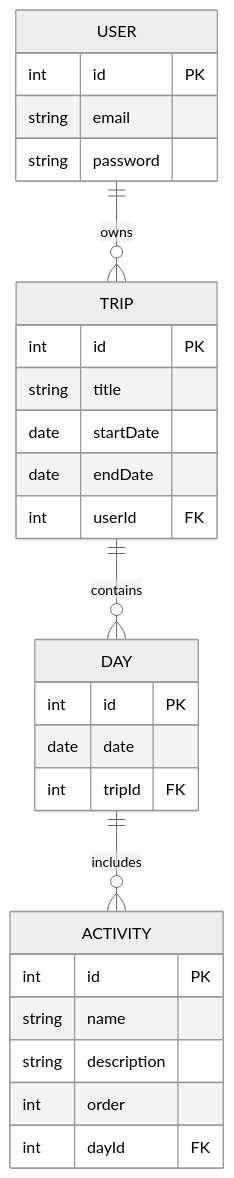
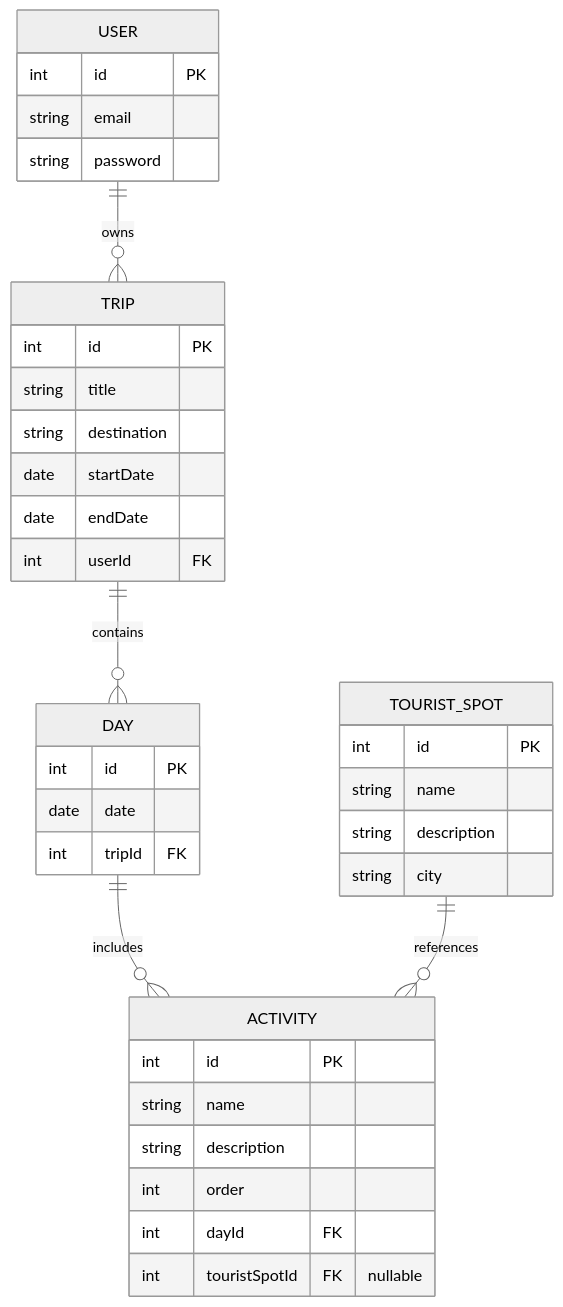
Before and after one commit to nicolasjveiga/travel-planner: the diagram in docs/sdd.md, drawn with Mermaid (neutral theme). The commit also changed other lines of this file and 10 other files, not shown here.

Commit message:
feat: add tourist spot entity and integrate with activities domain

````diff
--- a/docs/sdd.md
+++ b/docs/sdd.md
@@ -60,34 +60,44 @@
 ```mermaid
 erDiagram
     USER ||--o{ TRIP : owns
     TRIP ||--o{ DAY : contains
     DAY ||--o{ ACTIVITY : includes
+    TOURIST_SPOT ||--o{ ACTIVITY : references
 
     USER {
         int id PK
         string email
         string password
     }
 
     TRIP {
         int id PK
         string title
+        string destination
         date startDate
         date endDate
         int userId FK
     }
 
     DAY {
         int id PK
         date date
         int tripId FK
     }
 
     ACTIVITY {
         int id PK
         string name
         string description
         int order
         int dayId FK
+        int touristSpotId FK "nullable"
+    }
+
+    TOURIST_SPOT {
+        int id PK
+        string name
+        string description
+        string city
     }
 ```
````
